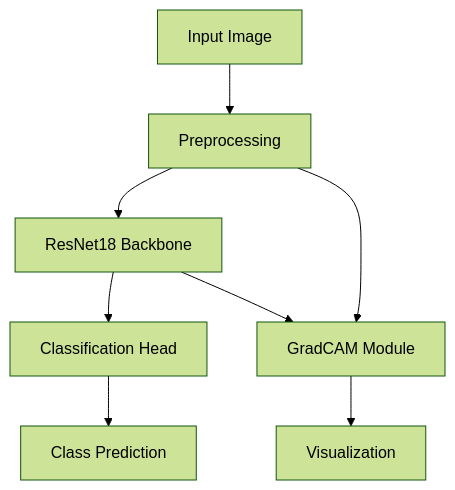
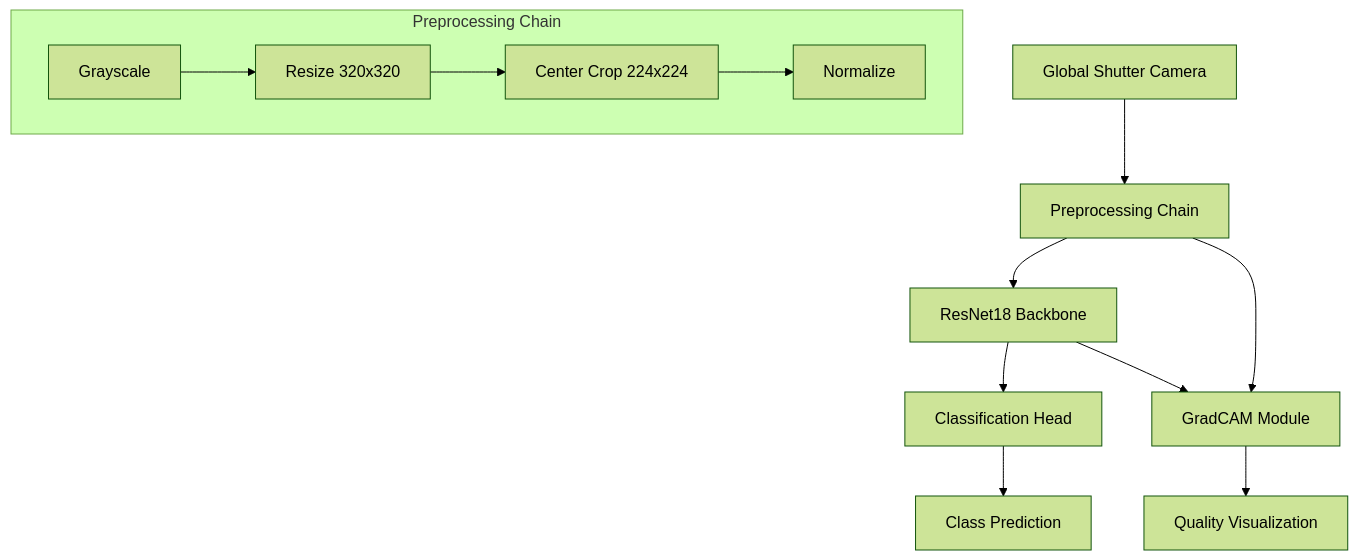
The diagram in README.md (olablom/cutlery-classifier-mvp), drawn with Mermaid (forest theme) before and after one commit. The commit also changed other lines of this file, not shown here.

````diff
--- a/README.md
+++ b/README.md
@@ -33,10 +47,16 @@
 ```mermaid
 graph TD
-    A[Input Image] --> B[Preprocessing]
+    A[Global Shutter Camera] --> B[Preprocessing Chain]
     B --> C[ResNet18 Backbone]
     C --> D[Classification Head]
     D --> E[Class Prediction]
     B --> F[GradCAM Module]
     C --> F
-    F --> G[Visualization]
+    F --> G[Quality Visualization]
+
+    subgraph Preprocessing Chain
+        H[Grayscale] --> I[Resize 320x320]
+        I --> J[Center Crop 224x224]
+        J --> K[Normalize]
+    end
 ```
````
